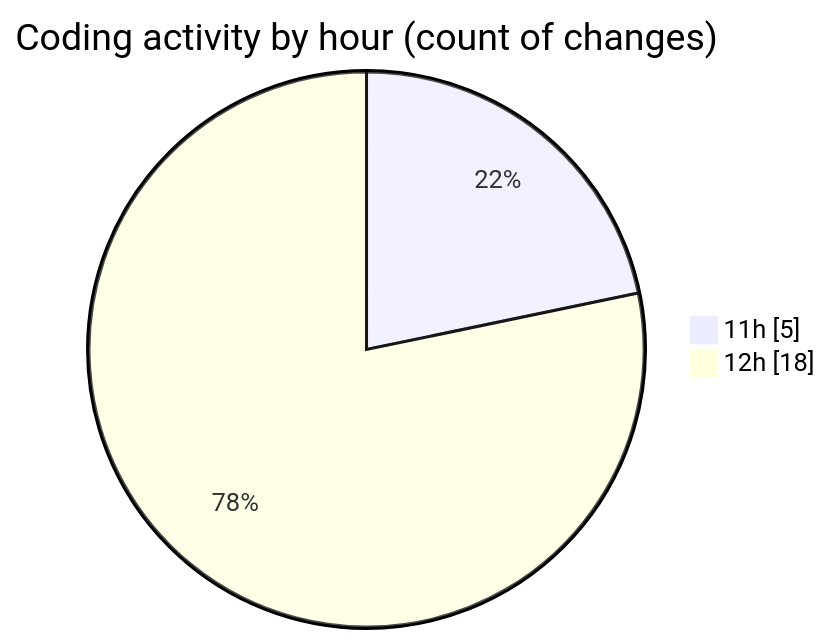
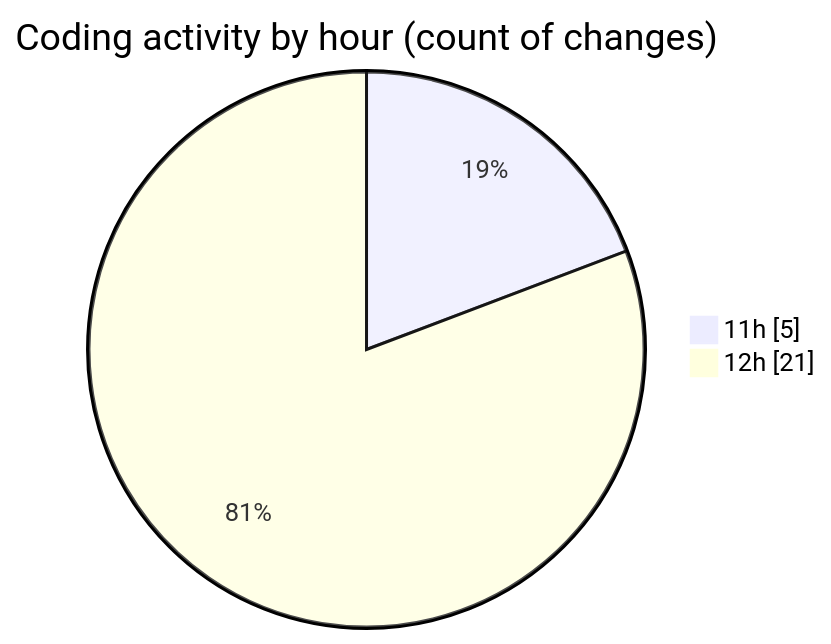
The second of 2 diagrams in 2025-03-11/projet_stage/README.md (Elitesun/code-tracking), drawn with Mermaid before and after one commit. The commit also changed other lines of this file and 1 other file, not shown here.

````diff
--- a/2025-03-11/projet_stage/README.md
+++ b/2025-03-11/projet_stage/README.md
@@ -37,6 +37,6 @@
 ```mermaid
 pie showData
 title Coding activity by hour (count of changes)
 "11h" : 5
-"12h" : 18
+"12h" : 21
 ```
````
